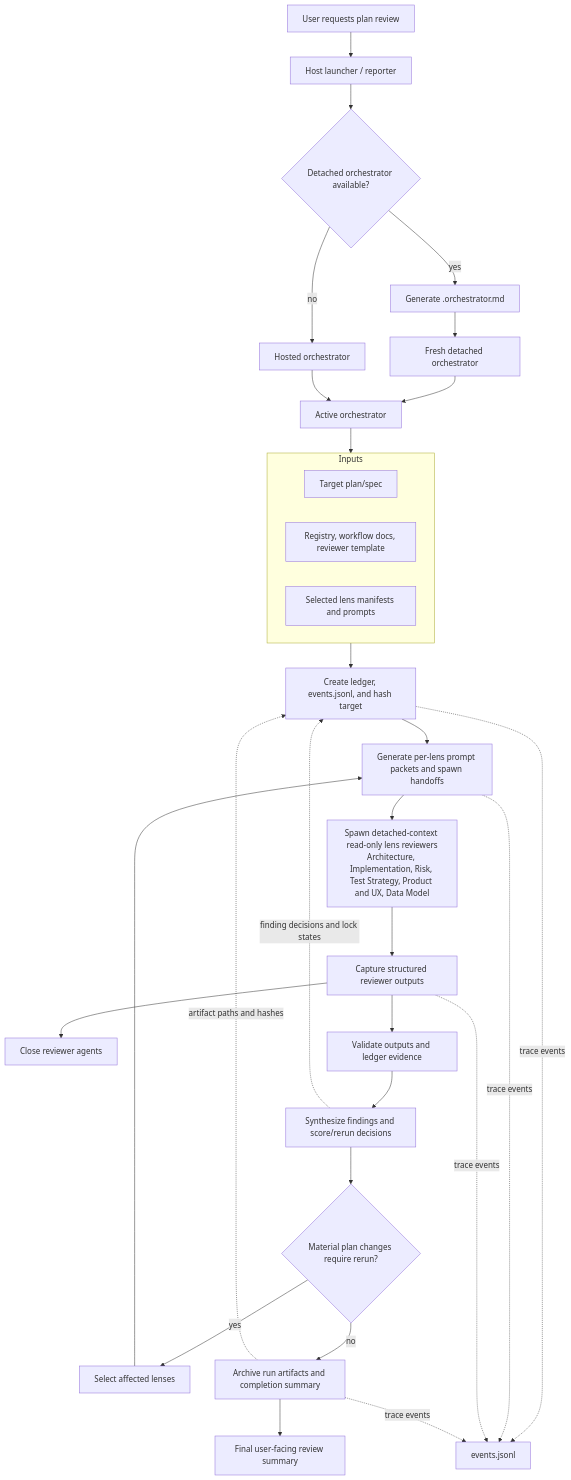
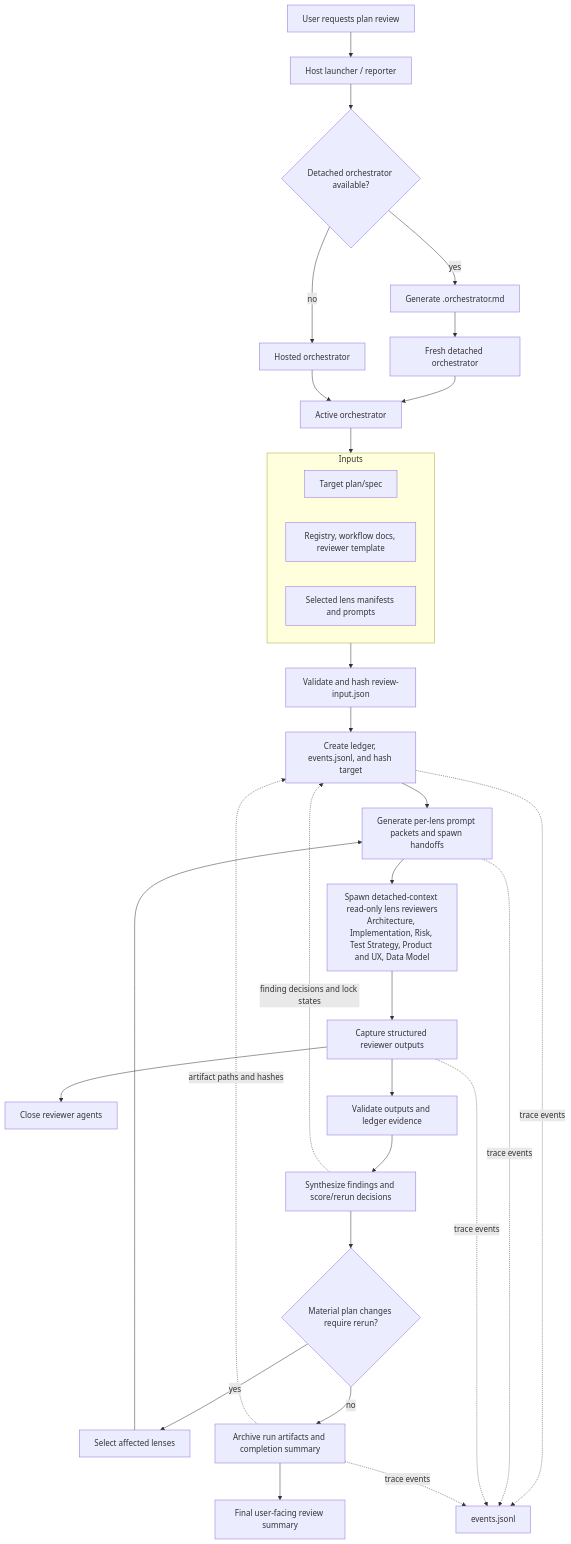
One commit to 540lyle/lens-temper changed the diagram in docs/agent-flow.md. Above: the diagram before and after it, drawn with Mermaid. The commit also changed 184 other files, not shown here.

````diff
--- a/docs/agent-flow.md
+++ b/docs/agent-flow.md
@@ -10,42 +10,43 @@
 ```mermaid
 flowchart TD
   User["User requests plan review"] --> Launcher["Host launcher / reporter"]
   Launcher --> Mode{"Detached orchestrator available?"}
   Mode -- yes --> Packet["Generate <pass-id>.orchestrator.md"]
   Packet --> Detached["Fresh detached orchestrator"]
   Mode -- no --> Hosted["Hosted orchestrator"]
   Detached --> Orchestrator["Active orchestrator"]
   Hosted --> Orchestrator
 
   subgraph Inputs["Inputs"]
     Target["Target plan/spec"]
     Registry["Registry, workflow docs, reviewer template"]
     Lenses["Selected lens manifests and prompts"]
   end
 
   Orchestrator --> Inputs
-  Inputs --> Prep["Create ledger, events.jsonl, and hash target"]
+  Inputs --> Contract["Validate and hash review-input.json"]
+  Contract --> Prep["Create ledger, events.jsonl, and hash target"]
   Prep --> Generate["Generate per-lens prompt packets and spawn handoffs"]
 
   Generate --> Wave["Spawn detached-context read-only lens reviewers<br/>Architecture, Implementation, Risk, Test Strategy, Product and UX, Data Model"]
 
   Wave --> Outputs["Capture structured reviewer outputs"]
   Outputs --> Close["Close reviewer agents"]
   Outputs --> Validate["Validate outputs and ledger evidence"]
 
   Validate --> Synthesis["Synthesize findings and score/rerun decisions"]
   Synthesis --> Rerun{"Material plan changes require rerun?"}
 
   Rerun -- yes --> Affected["Select affected lenses"]
   Affected --> Generate
 
   Rerun -- no --> Archive["Archive run artifacts and completion summary"]
   Archive --> Final["Final user-facing review summary"]
 
   Synthesis -. "finding decisions and lock states" .-> Prep
   Archive -. "artifact paths and hashes" .-> Prep
   Prep -. "trace events" .-> Trace["events.jsonl"]
   Generate -. "trace events" .-> Trace
   Outputs -. "trace events" .-> Trace
   Archive -. "trace events" .-> Trace
 ```
````
